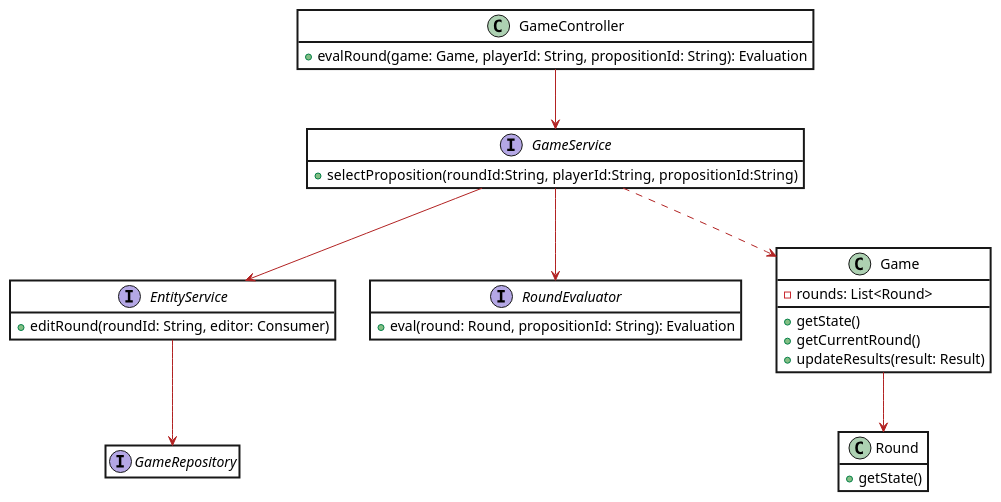
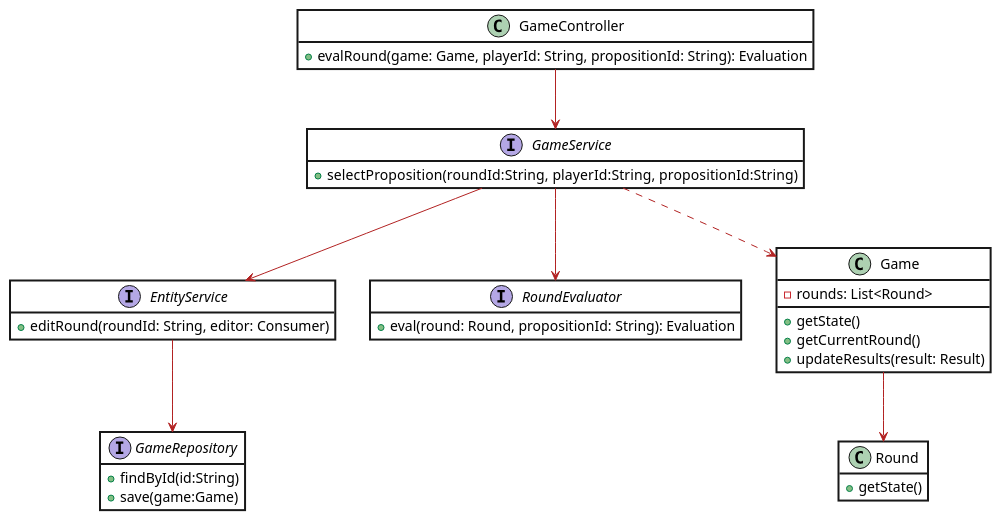
Before and after one commit to patrickwinti/worldwidewalter: the diagram in docs/diagrams/DCD_evaluation_round.plantuml, drawn with PlantUML. The commit also changed 6 other files, not shown here.

```diff
--- a/docs/diagrams/DCD_evaluation_round.plantuml
+++ b/docs/diagrams/DCD_evaluation_round.plantuml
@@ -1,49 +1,52 @@
 @startuml
 skinparam class {
     BackgroundColor white
     ArrowColor Firebrick
     BorderThickness 2
 }
 skinparam roundcorner 0
 skinparam packagestyle Frame
 hide empty members
 
 interface GameService {
     +selectProposition(roundId:String,  playerId:String,  propositionId:String)
 }
 
 interface EntityService {
     +editRound(roundId: String, editor: Consumer)
 }
 
 interface RoundEvaluator {
     +eval(round: Round, propositionId: String): Evaluation
 }
 
 class Game {
     -rounds: List<Round>
     +getState()
     +getCurrentRound()
     +updateResults(result: Result)
 }
 
 class Round {
     +getState()
 }
 
-interface GameRepository
+interface GameRepository{
+ +findById(id:String)
+ +save(game:Game)
+}
 
 class GameController {
     +evalRound(game: Game, playerId: String, propositionId: String): Evaluation
 }
 
 
 GameController --> GameService
 GameService --> EntityService
 GameService --> RoundEvaluator
 GameService ..> Game
 EntityService --> GameRepository
 Game --> Round
 
 
 @enduml
```
